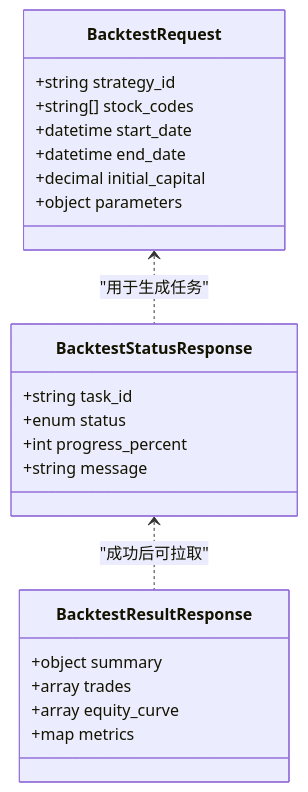
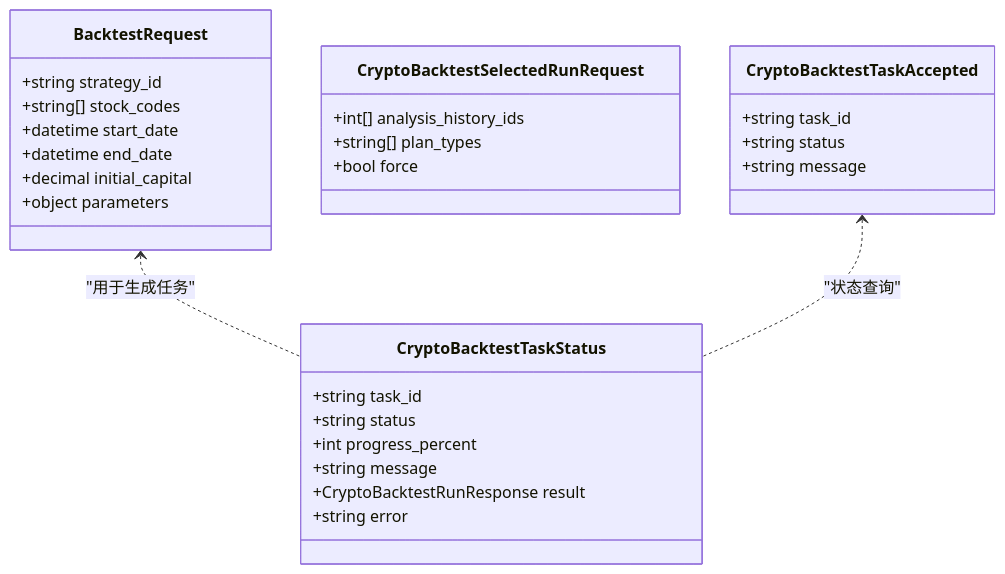
Before and after one commit to anYaoooo/daily_stock_analysis: the third of 9 diagrams in .qoder/repowiki/zh/content/API参考文档/回测系统API.md, drawn with Mermaid. The commit also changed other lines of this file and 148 other files, not shown here.

````diff
--- a/.qoder/repowiki/zh/content/API参考文档/回测系统API.md
+++ b/.qoder/repowiki/zh/content/API参考文档/回测系统API.md
@@ -211,25 +225,31 @@
 ```mermaid
 classDiagram
 class BacktestRequest {
 +string strategy_id
 +string[] stock_codes
 +datetime start_date
 +datetime end_date
 +decimal initial_capital
 +object parameters
 }
-class BacktestStatusResponse {
+class CryptoBacktestSelectedRunRequest {
++int[] analysis_history_ids
++string[] plan_types
++bool force
+}
+class CryptoBacktestTaskAccepted {
 +string task_id
-+enum status
++string status
++string message
+}
+class CryptoBacktestTaskStatus {
++string task_id
++string status
 +int progress_percent
 +string message
++CryptoBacktestRunResponse result
++string error
 }
-class BacktestResultResponse {
-+object summary
-+array trades
-+array equity_curve
-+map metrics
-}
-BacktestRequest <.. BacktestStatusResponse : "用于生成任务"
-BacktestStatusResponse <.. BacktestResultResponse : "成功后可拉取"
+BacktestRequest <.. CryptoBacktestTaskStatus : "用于生成任务"
+CryptoBacktestTaskAccepted <.. CryptoBacktestTaskStatus : "状态查询"
 ```
````
